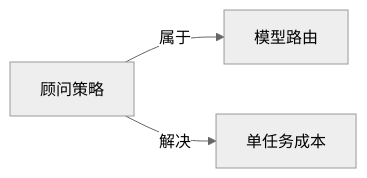
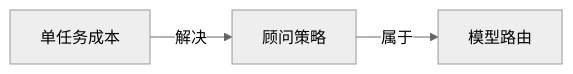
Before and after one commit to yibie/claude-best-practices-zh: the diagram in wiki/顾问策略.md, drawn with Mermaid (neutral theme). The commit also changed other lines of this file and 407 other files, not shown here.

Commit message:
feat: DeepSeek 三遍审校（译文/关系/图谱）+ 可部署静态站点

````diff
--- a/wiki/顾问策略.md
+++ b/wiki/顾问策略.md
@@ -44,6 +45,6 @@
 ```mermaid
 graph LR
   C["顾问策略"]
-  C -->|属于| N0["模型路由"]
-  C -->|解决| N1["单任务成本"]
+  N0["单任务成本"] -->|解决| C
+  C -->|属于| N1["模型路由"]
 ```
````
